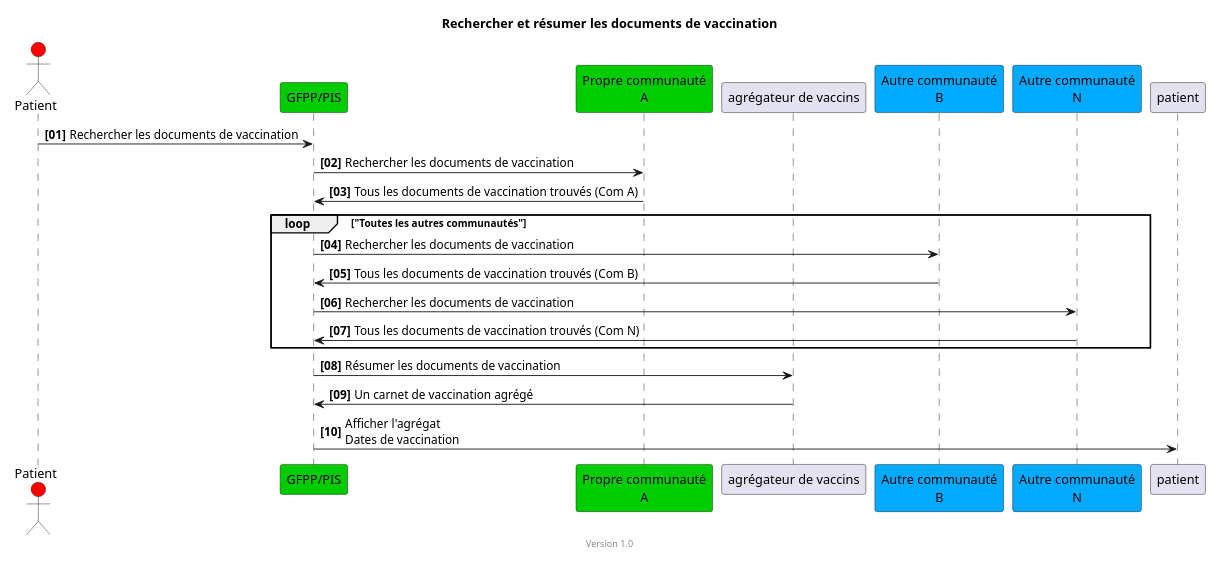
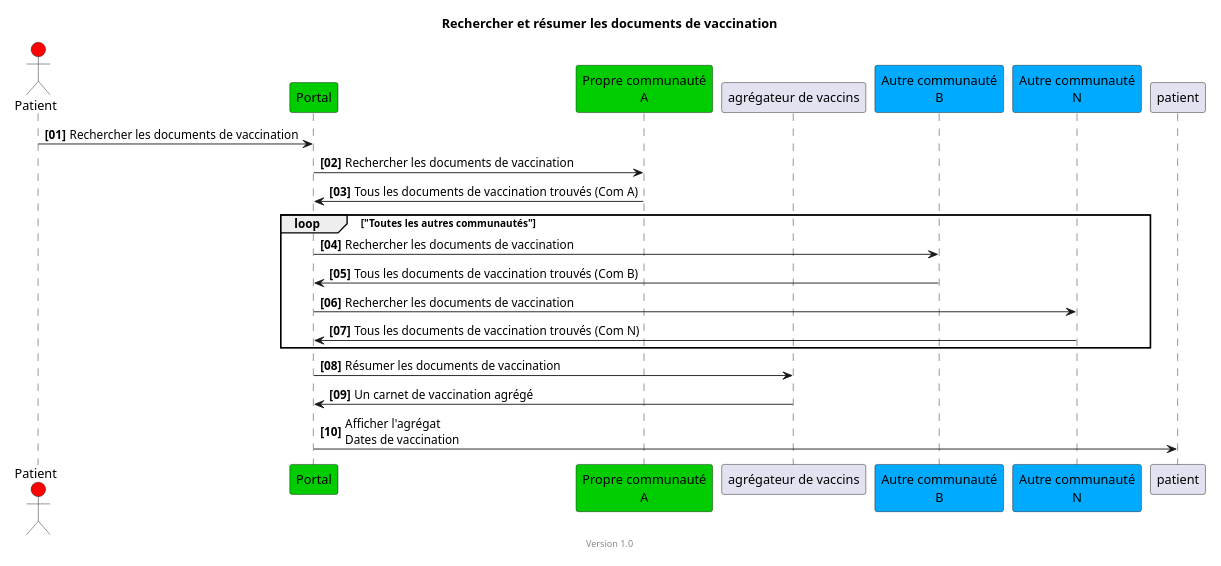
One commit to hl7ch/ch-vacd changed the diagram in input/images-source/epd-find-all-vaccination-docs-simple-patient-fr.plantuml. Above: the diagram before and after it, drawn with PlantUML. The commit also changed 11 other files, not shown here.

Commit message:
#194 precise and fix the sequence diagrams. remove pseudonomise and change GFPP/PIS for patient to Portal

```diff
--- a/input/images-source/epd-find-all-vaccination-docs-simple-patient-fr.plantuml
+++ b/input/images-source/epd-find-all-vaccination-docs-simple-patient-fr.plantuml
@@ -1,31 +1,31 @@
 @startuml
 title Rechercher et résumer les documents de vaccination
 footer Version 1.0
 skinparam responseMessageBelowArrow true
 scale max 800 width
 
 actor Patient #red
-participant "GFPP/PIS" #00CC00
+participant "Portal" #00CC00
 participant "Propre communauté\nA" #00CC00
 
 participant "agrégateur de vaccins"
 participant "Autre communauté\nB" #00aaff
 participant "Autre communauté\nN" #00aaff
 
 
 autonumber "<b>[00]"
-Patient -> "GFPP/PIS": Rechercher les documents de vaccination
-"GFPP/PIS" -> "Propre communauté\nA": Rechercher les documents de vaccination
-"Propre communauté\nA" -> "GFPP/PIS": Tous les documents de vaccination trouvés (Com A)
+Patient -> "Portal": Rechercher les documents de vaccination
+"Portal" -> "Propre communauté\nA": Rechercher les documents de vaccination
+"Propre communauté\nA" -> "Portal": Tous les documents de vaccination trouvés (Com A)
 loop "Toutes les autres communautés"
-"GFPP/PIS" -> "Autre communauté\nB": Rechercher les documents de vaccination
-"Autre communauté\nB" -> "GFPP/PIS": Tous les documents de vaccination trouvés (Com B)
+"Portal" -> "Autre communauté\nB": Rechercher les documents de vaccination
+"Autre communauté\nB" -> "Portal": Tous les documents de vaccination trouvés (Com B)
 
-"GFPP/PIS" -> "Autre communauté\nN": Rechercher les documents de vaccination
-"Autre communauté\nN" -> "GFPP/PIS": Tous les documents de vaccination trouvés (Com N)
+"Portal" -> "Autre communauté\nN": Rechercher les documents de vaccination
+"Autre communauté\nN" -> "Portal": Tous les documents de vaccination trouvés (Com N)
 end
-"GFPP/PIS" -> "agrégateur de vaccins": Résumer les documents de vaccination
-"agrégateur de vaccins" ->  "GFPP/PIS": Un carnet de vaccination agrégé
-"GFPP/PIS" -> patient: Afficher l'agrégat\nDates de vaccination
+"Portal" -> "agrégateur de vaccins": Résumer les documents de vaccination
+"agrégateur de vaccins" ->  "Portal": Un carnet de vaccination agrégé
+"Portal" -> patient: Afficher l'agrégat\nDates de vaccination
 
 @enduml
```
